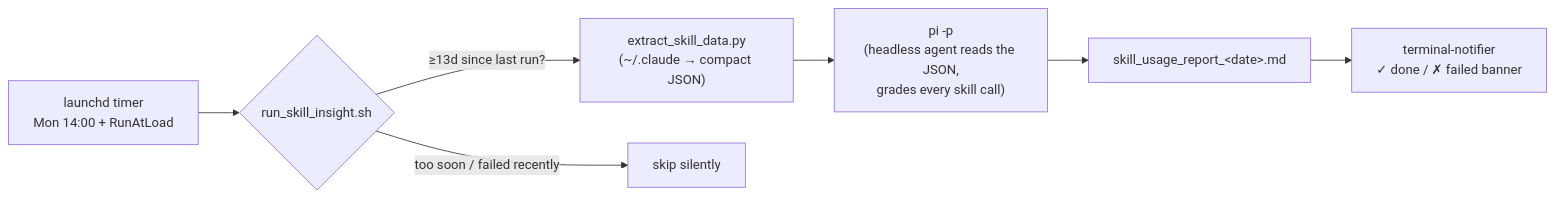
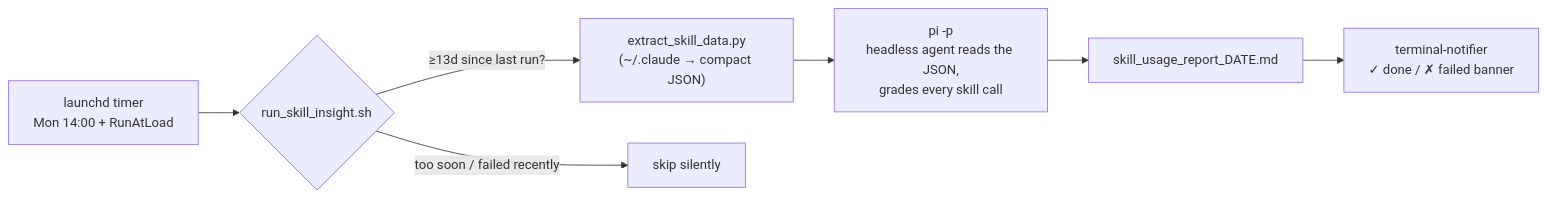
The diagram in README.md (henrywen98/pi-skill-insight), drawn with Mermaid before and after one commit. The commit also changed other lines of this file and 1 other file, not shown here.

````diff
--- a/README.md
+++ b/README.md
@@ -22,9 +17,9 @@
 ```mermaid
 flowchart LR
     A["launchd timer<br/>Mon 14:00 + RunAtLoad"] --> B{"run_skill_insight.sh"}
     B -->|"≥13d since last run?"| C["extract_skill_data.py<br/>(~/.claude → compact JSON)"]
     B -->|"too soon / failed recently"| Z["skip silently"]
-    C --> D["pi -p<br/>(headless agent reads the JSON,<br/>grades every skill call)"]
-    D --> E["skill_usage_report_&lt;date&gt;.md"]
+    C --> D["pi -p<br/>headless agent reads the JSON,<br/>grades every skill call"]
+    D --> E["skill_usage_report_DATE.md"]
     E --> F["terminal-notifier<br/>✓ done / ✗ failed banner"]
 ```
````
